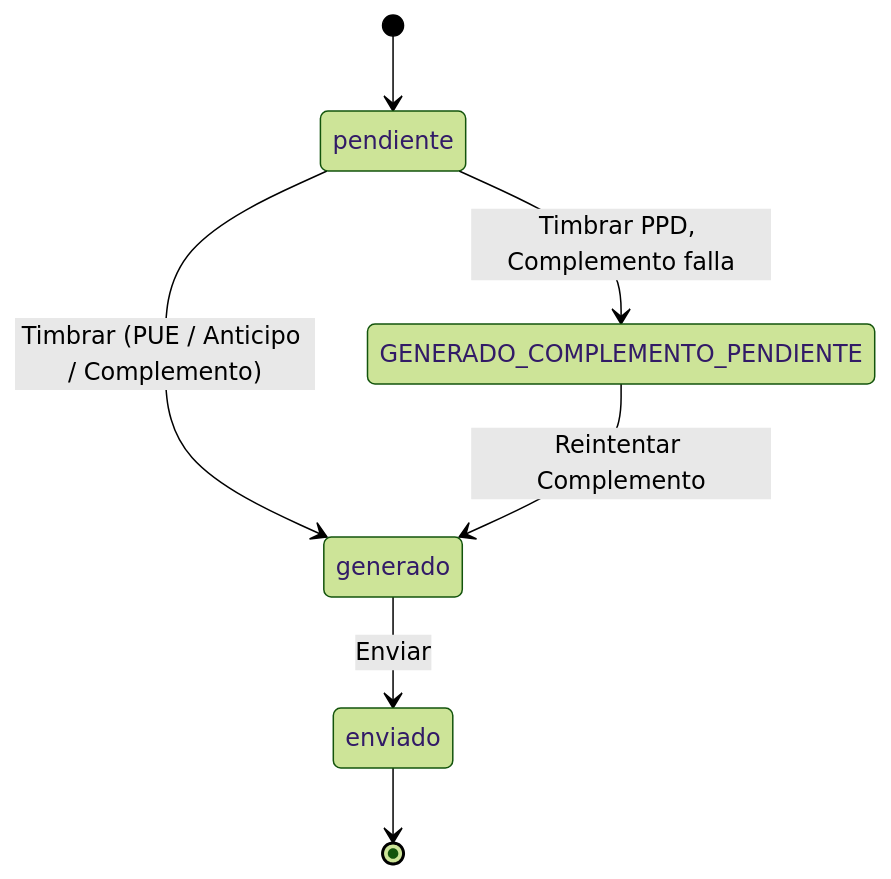
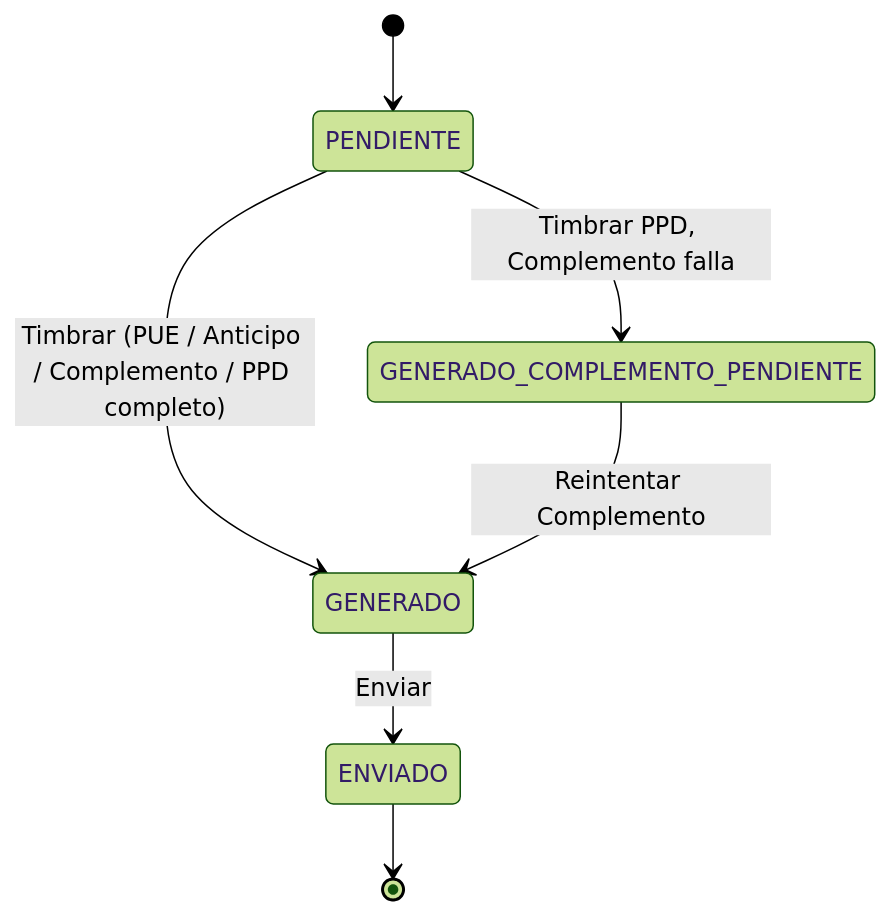
One commit to JuanGarciaRyndem/R16-Documentacion changed the fifth of 6 diagrams in Requisitos/R16A-RE-FU-028/[R16A-RE-FU-028][DIS-SOL] Diseño de la solución.md. Above: the diagram before and after it, drawn with Mermaid (forest theme). The commit also changed other lines of this file and 5 other files, not shown here.

````diff
--- a/Requisitos/R16A-RE-FU-028/[R16A-RE-FU-028][DIS-SOL] Diseño de la solución.md
+++ b/Requisitos/R16A-RE-FU-028/[R16A-RE-FU-028][DIS-SOL] Diseño de la solución.md
@@ -232,9 +346,9 @@
 ```mermaid
 stateDiagram-v2
-    [*] --> pendiente
-    pendiente --> generado: Timbrar (PUE / Anticipo / Complemento)
-    pendiente --> GENERADO_COMPLEMENTO_PENDIENTE: Timbrar PPD, Complemento falla
-    GENERADO_COMPLEMENTO_PENDIENTE --> generado: Reintentar Complemento
-    generado --> enviado: Enviar
-    enviado --> [*]
+    [*] --> PENDIENTE
+    PENDIENTE --> GENERADO: Timbrar (PUE / Anticipo / Complemento / PPD completo)
+    PENDIENTE --> GENERADO_COMPLEMENTO_PENDIENTE: Timbrar PPD, Complemento falla
+    GENERADO_COMPLEMENTO_PENDIENTE --> GENERADO: Reintentar Complemento
+    GENERADO --> ENVIADO: Enviar
+    ENVIADO --> [*]
 ```
````
